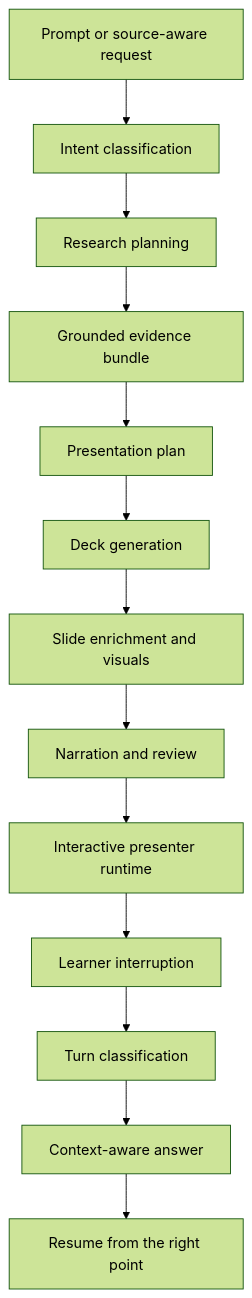
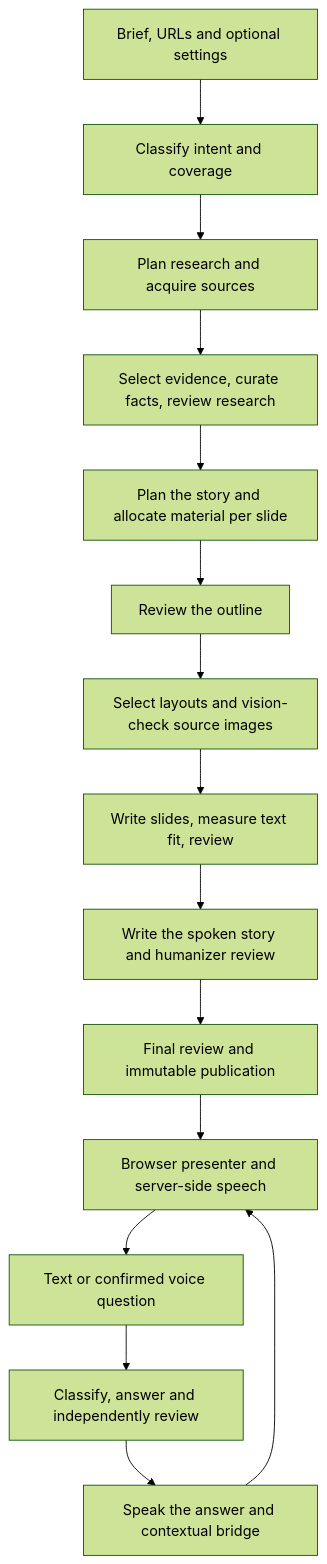
One commit to Jawbreaker1/slidespeech changed the diagram in README.md. Above: the diagram before and after it, drawn with Mermaid (forest theme). The commit also changed other lines of this file and 197 other files, not shown here.

First line of the commit message:
feat: checkpoint connected pipeline v2 and interactive presenter

````diff
--- a/README.md
+++ b/README.md
@@ -72,15 +26,17 @@
 ```mermaid
 flowchart TD
-    A["Prompt or source-aware request"] --> B["Intent classification"]
-    B --> C["Research planning"]
-    C --> D["Grounded evidence bundle"]
-    D --> E["Presentation plan"]
-    E --> F["Deck generation"]
-    F --> G["Slide enrichment and visuals"]
-    G --> H["Narration and review"]
-    H --> I["Interactive presenter runtime"]
-    I --> J["Learner interruption"]
-    J --> K["Turn classification"]
-    K --> L["Context-aware answer"]
-    L --> M["Resume from the right point"]
+    Request["Brief, URLs and optional settings"] --> Intent["Classify intent and coverage"]
+    Intent --> Research["Plan research and acquire sources"]
+    Research --> Facts["Select evidence, curate facts, review research"]
+    Facts --> Outline["Plan the story and allocate material per slide"]
+    Outline --> OutlineReview["Review the outline"]
+    OutlineReview --> Design["Select layouts and vision-check source images"]
+    Design --> Slides["Write slides, measure text fit, review"]
+    Slides --> Narration["Write the spoken story and humanizer review"]
+    Narration --> Publish["Final review and immutable publication"]
+    Publish --> Presenter["Browser presenter and server-side speech"]
+    Presenter --> Question["Text or confirmed voice question"]
+    Question --> Answer["Classify, answer and independently review"]
+    Answer --> Return["Speak the answer and contextual bridge"]
+    Return --> Presenter
 ```
````
